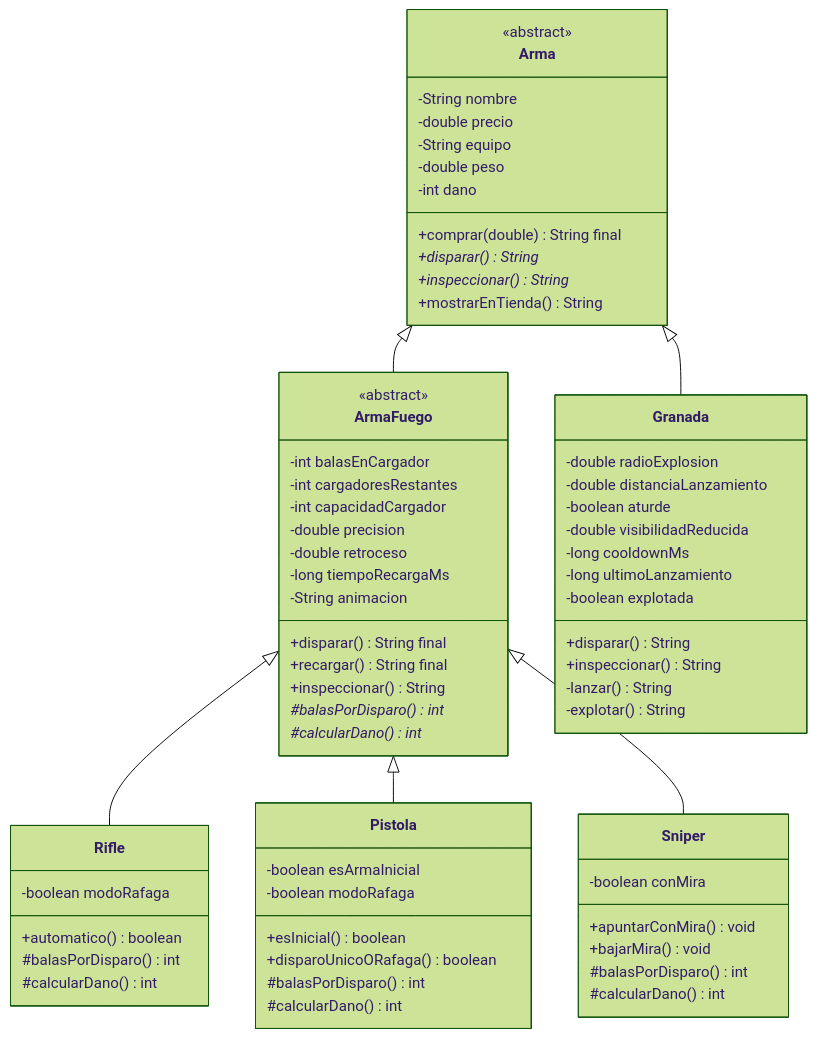
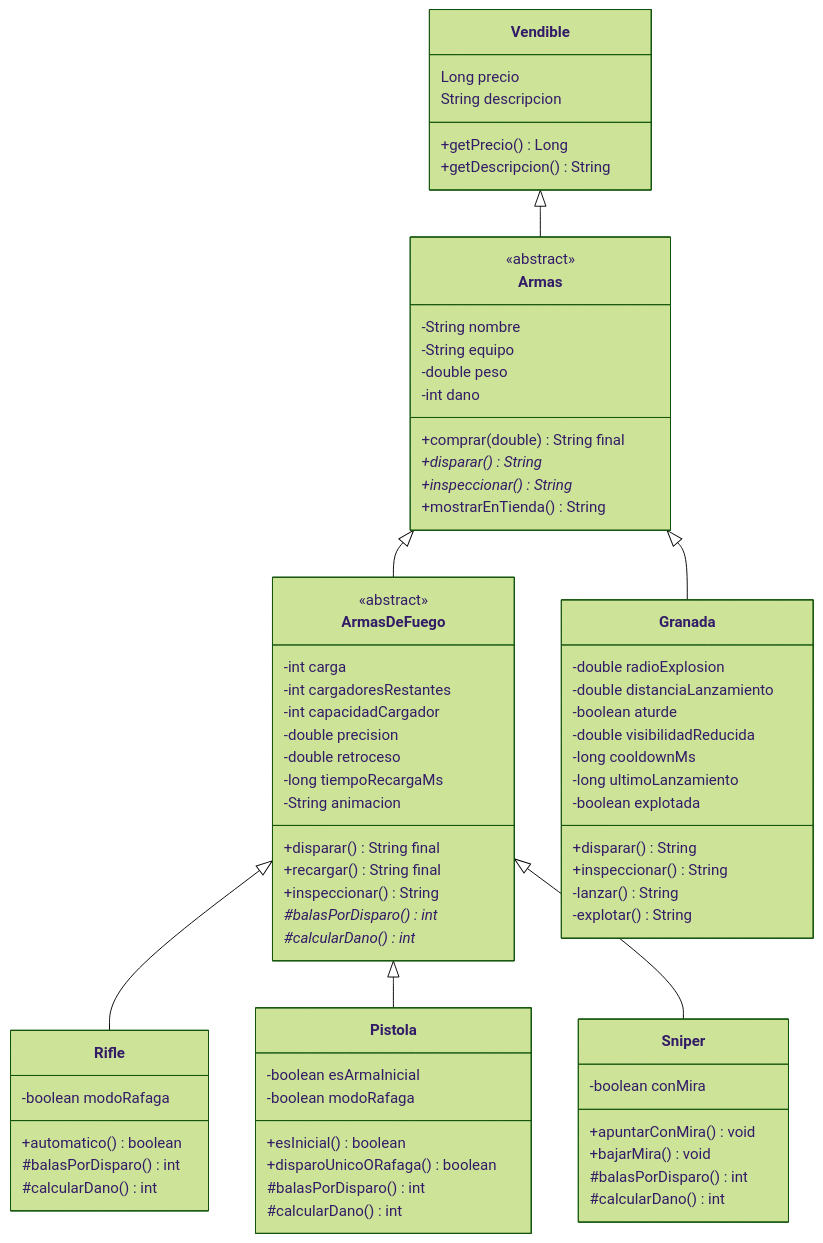
One commit to Pomona06/MK-taller-git-2026 changed the diagram in README.md. Above: the diagram before and after it, drawn with Mermaid (forest theme). The commit also changed other lines of this file, not shown here.

````diff
--- a/README.md
+++ b/README.md
@@ -37,69 +36,75 @@
 ```mermaid
 classDiagram
-    class Arma {
+    class Vendible {
+        Long precio
+        String descripcion
+        +getPrecio() Long
+        +getDescripcion() String
+    }
+    class Armas {
         <<abstract>>
         -String nombre
-        -double precio
         -String equipo
         -double peso
         -int dano
         +comprar(double) String final
         +disparar()* String
         +inspeccionar()* String
         +mostrarEnTienda() String
     }
-    class ArmaFuego {
+    class ArmasDeFuego {
         <<abstract>>
-        -int balasEnCargador
+        -int carga
         -int cargadoresRestantes
         -int capacidadCargador
         -double precision
         -double retroceso
         -long tiempoRecargaMs
         -String animacion
         +disparar() String final
         +recargar() String final
         +inspeccionar() String
         #balasPorDisparo()* int
         #calcularDano()* int
     }
     class Granada {
         -double radioExplosion
         -double distanciaLanzamiento
         -boolean aturde
         -double visibilidadReducida
         -long cooldownMs
         -long ultimoLanzamiento
         -boolean explotada
         +disparar() String
         +inspeccionar() String
         -lanzar() String
         -explotar() String
     }
     class Rifle {
         -boolean modoRafaga
         +automatico() boolean
         #balasPorDisparo() int
         #calcularDano() int
     }
     class Pistola {
         -boolean esArmaInicial
         -boolean modoRafaga
         +esInicial() boolean
         +disparoUnicoORafaga() boolean
         #balasPorDisparo() int
         #calcularDano() int
     }
     class Sniper {
         -boolean conMira
         +apuntarConMira() void
         +bajarMira() void
         #balasPorDisparo() int
         #calcularDano() int
     }
-    Arma <|-- ArmaFuego
-    Arma <|-- Granada
-    ArmaFuego <|-- Rifle
-    ArmaFuego <|-- Pistola
-    ArmaFuego <|-- Sniper
+    Vendible <|-- Armas
+    Armas <|-- ArmasDeFuego
+    Armas <|-- Granada
+    ArmasDeFuego <|-- Rifle
+    ArmasDeFuego <|-- Pistola
+    ArmasDeFuego <|-- Sniper
 ```
````
